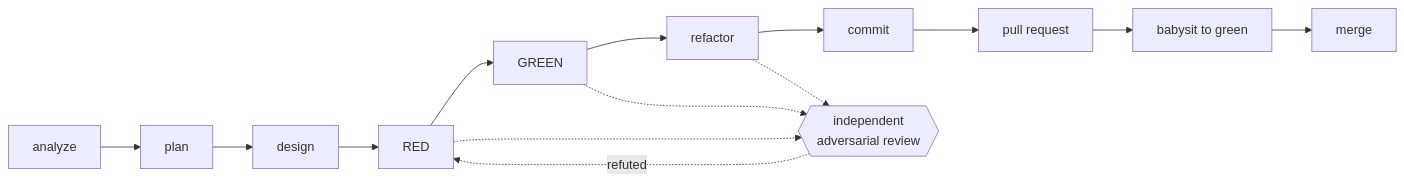
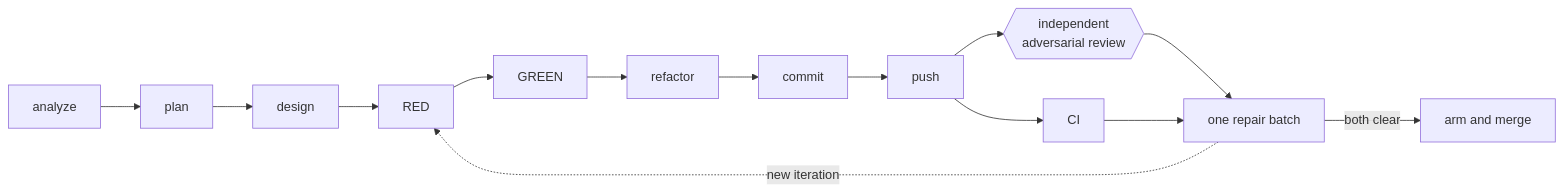
Before and after one commit to ShaftHQ/SHAFT_ENGINE: the fourth of 4 diagrams in .agents/skills/README.md, drawn with Mermaid. The commit also changed other lines of this file and 9 other files, not shown here.

````diff
--- a/.agents/skills/README.md
+++ b/.agents/skills/README.md
@@ -94,8 +95,10 @@
 ```mermaid
 flowchart LR
-    AN[analyze] --> PL[plan] --> DE[design] --> RD[RED] --> GR[GREEN] --> RF[refactor] --> CM[commit] --> PR[pull request] --> BG[babysit to green] --> MG[merge]
-    RD -.-> RV{{independent<br/>adversarial review}}
-    GR -.-> RV
-    RF -.-> RV
-    RV -.->|refuted| RD
+    AN[analyze] --> PL[plan] --> DE[design] --> RD[RED] --> GR[GREEN] --> RF[refactor] --> CM[commit] --> PS[push]
+    PS --> RV{{independent<br/>adversarial review}}
+    PS --> CI[CI]
+    RV --> BT[one repair batch]
+    CI --> BT
+    BT -.->|new iteration| RD
+    BT -->|both clear| MG[arm and merge]
 ```
````
